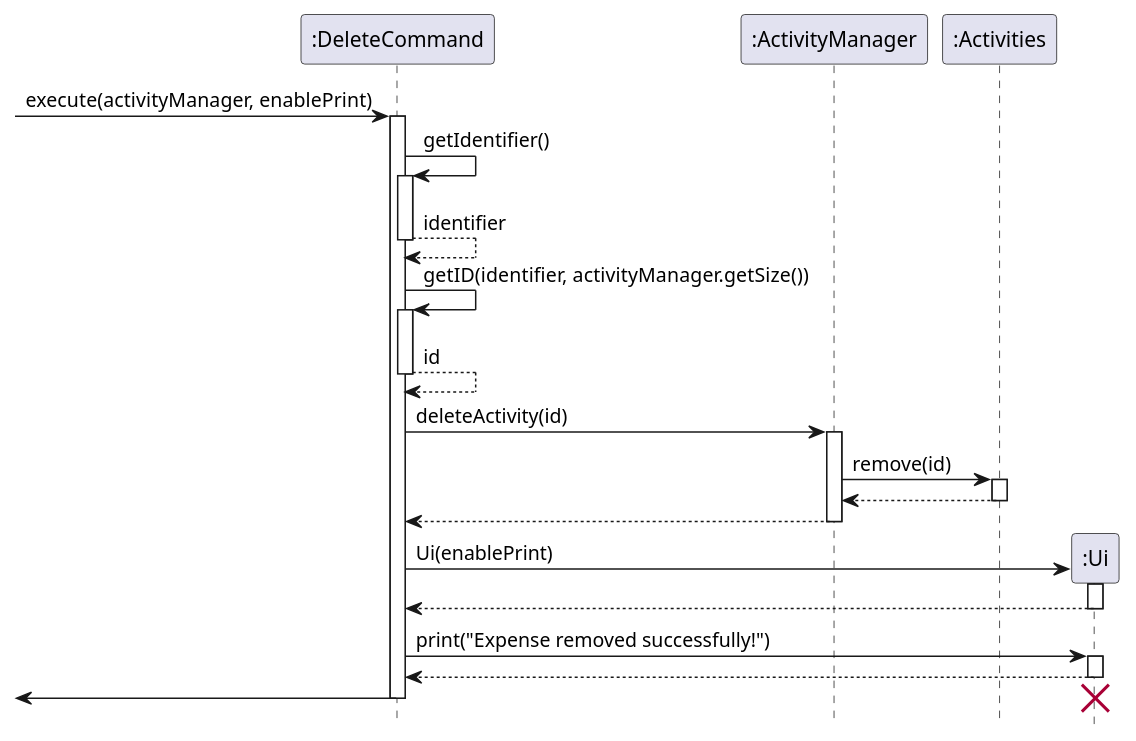
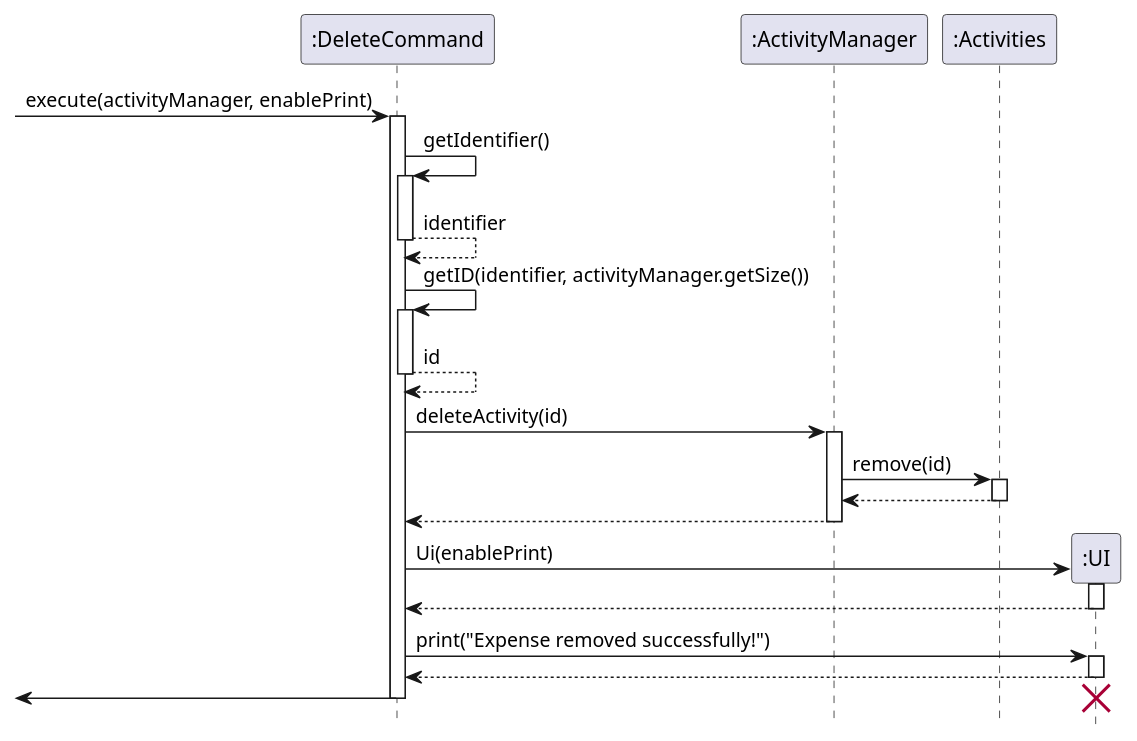
One commit to jing-yen/tp changed the diagram in docs/diagrams/DeleteCommand.puml. Above: the diagram before and after it, drawn with PlantUML. The commit also changed 4 other files, not shown here.

```diff
--- a/docs/diagrams/DeleteCommand.puml
+++ b/docs/diagrams/DeleteCommand.puml
@@ -1,41 +1,41 @@
 @startuml
 'https://plantuml.com/sequence-diagram
 hide footbox
 participant ":DeleteCommand" as DC
 participant ":ActivityManager" as AM
 participant ":Activities" as AC
-participant ":Ui" as UI
+participant ":UI" as UI
 [-> DC : execute(activityManager, enablePrint)
 activate DC
 DC -> DC : getIdentifier()
 activate DC
 DC --> DC : identifier
 deactivate DC
 DC -> DC : getID(identifier, activityManager.getSize())
 activate DC
 DC --> DC : id
 deactivate DC
 DC -> AM : deleteActivity(id)
 activate AM
 AM -> AC : remove(id)
 activate AC
 AC --> AM
 deactivate AC
 AM --> DC
 deactivate AM
 DC -> UI ** : Ui(enablePrint)
 activate UI
 UI --> DC
 deactivate UI
 DC -> UI : print("Expense removed successfully!")
 activate UI
 UI --> DC
 deactivate UI
 [<- DC
 deactivate DC
 destroy UI
 
 
 
 
 @enduml
```
